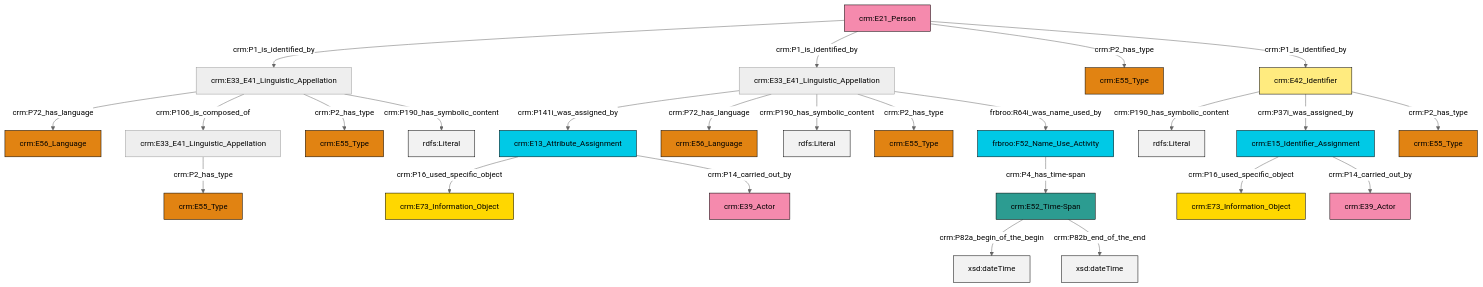
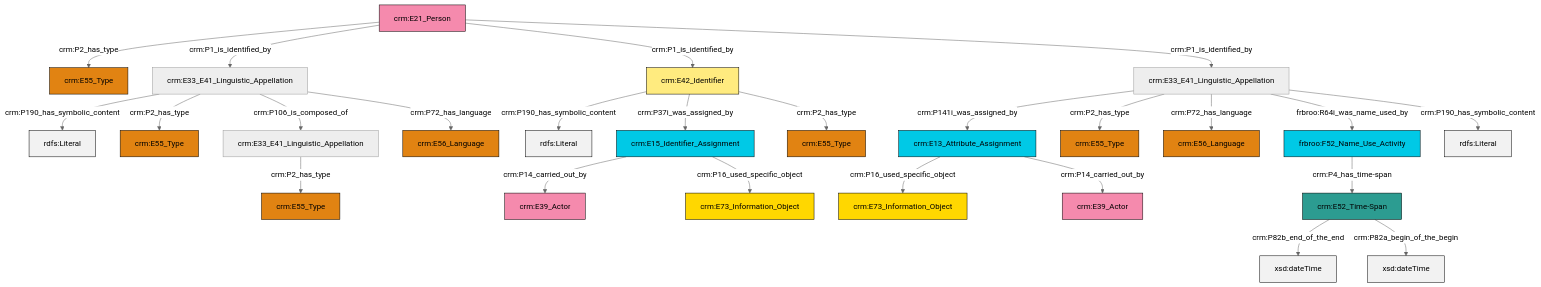
Before and after one commit to swiss-art-research-net/docs.swissartresearch: the diagram in et/personCSV/ttl/mmd/Person_Names_and_Classification.ttl.mmd, drawn with Mermaid (neutral theme). The commit also changed 173 other files, not shown here.

```diff
--- a/et/personCSV/ttl/mmd/Person_Names_and_Classification.ttl.mmd
+++ b/et/personCSV/ttl/mmd/Person_Names_and_Classification.ttl.mmd
@@ -1,39 +1,39 @@
 graph TD
 classDef Literal fill:#f2f2f2,stroke:#000000;
 classDef CRM_Entity fill:#FFFFFF,stroke:#000000;
 classDef Temporal_Entity fill:#00C9E6, stroke:#000000;
 classDef Type fill:#E18312, stroke:#000000;
 classDef Time-Span fill:#2C9C91, stroke:#000000;
 classDef Appellation fill:#FFEB7F, stroke:#000000;
 classDef Place fill:#008836, stroke:#000000;
 classDef Persistent_Item fill:#B266B2, stroke:#000000;
 classDef Conceptual_Object fill:#FFD700, stroke:#000000;
 classDef Physical_Thing fill:#D2B48C, stroke:#000000;
 classDef Actor fill:#f58aad, stroke:#000000;
 classDef PC_Classes fill:#4ce600, stroke:#000000;
 classDef Multi fill:#cccccc,stroke:#000000;
 
-0["crm:E13_Attribute_Assignment"]:::Temporal_Entity -->|crm:P16_used_specific_object| 1["crm:E73_Information_Object"]:::Conceptual_Object
-2["crm:E33_E41_Linguistic_Appellation"]:::Default -->|crm:P141i_was_assigned_by| 0["crm:E13_Attribute_Assignment"]:::Temporal_Entity
-5["crm:E52_Time-Span"]:::Time-Span -->|crm:P82a_begin_of_the_begin| 6[xsd:dateTime]:::Literal
-7["crm:E21_Person"]:::Actor -->|crm:P1_is_identified_by| 8["crm:E33_E41_Linguistic_Appellation"]:::Default
-5["crm:E52_Time-Span"]:::Time-Span -->|crm:P82b_end_of_the_end| 9[xsd:dateTime]:::Literal
-11["frbroo:F52_Name_Use_Activity"]:::Temporal_Entity -->|crm:P4_has_time-span| 5["crm:E52_Time-Span"]:::Time-Span
-7["crm:E21_Person"]:::Actor -->|crm:P1_is_identified_by| 2["crm:E33_E41_Linguistic_Appellation"]:::Default
-8["crm:E33_E41_Linguistic_Appellation"]:::Default -->|crm:P72_has_language| 12["crm:E56_Language"]:::Type
-2["crm:E33_E41_Linguistic_Appellation"]:::Default -->|crm:P72_has_language| 14["crm:E56_Language"]:::Type
-0["crm:E13_Attribute_Assignment"]:::Temporal_Entity -->|crm:P14_carried_out_by| 15["crm:E39_Actor"]:::Actor
-16["crm:E15_Identifier_Assignment"]:::Temporal_Entity -->|crm:P16_used_specific_object| 17["crm:E73_Information_Object"]:::Conceptual_Object
-18["crm:E42_Identifier"]:::Appellation -->|crm:P190_has_symbolic_content| 19[rdfs:Literal]:::Literal
-18["crm:E42_Identifier"]:::Appellation -->|crm:P37i_was_assigned_by| 16["crm:E15_Identifier_Assignment"]:::Temporal_Entity
-8["crm:E33_E41_Linguistic_Appellation"]:::Default -->|crm:P106_is_composed_of| 3["crm:E33_E41_Linguistic_Appellation"]:::Default
-7["crm:E21_Person"]:::Actor -->|crm:P2_has_type| 26["crm:E55_Type"]:::Type
-7["crm:E21_Person"]:::Actor -->|crm:P1_is_identified_by| 18["crm:E42_Identifier"]:::Appellation
-2["crm:E33_E41_Linguistic_Appellation"]:::Default -->|crm:P190_has_symbolic_content| 31[rdfs:Literal]:::Literal
-2["crm:E33_E41_Linguistic_Appellation"]:::Default -->|crm:P2_has_type| 32["crm:E55_Type"]:::Type
-2["crm:E33_E41_Linguistic_Appellation"]:::Default -->|frbroo:R64i_was_name_used_by| 11["frbroo:F52_Name_Use_Activity"]:::Temporal_Entity
-3["crm:E33_E41_Linguistic_Appellation"]:::Default -->|crm:P2_has_type| 21["crm:E55_Type"]:::Type
-8["crm:E33_E41_Linguistic_Appellation"]:::Default -->|crm:P2_has_type| 37["crm:E55_Type"]:::Type
-8["crm:E33_E41_Linguistic_Appellation"]:::Default -->|crm:P190_has_symbolic_content| 41[rdfs:Literal]:::Literal
-18["crm:E42_Identifier"]:::Appellation -->|crm:P2_has_type| 28["crm:E55_Type"]:::Type
-16["crm:E15_Identifier_Assignment"]:::Temporal_Entity -->|crm:P14_carried_out_by| 35["crm:E39_Actor"]:::Actor
+10["crm:E13_Attribute_Assignment"]:::Temporal_Entity -->|crm:P16_used_specific_object| 6["crm:E73_Information_Object"]:::Conceptual_Object
+11["crm:E42_Identifier"]:::Appellation -->|crm:P190_has_symbolic_content| 12[rdfs:Literal]:::Literal
+13["crm:E15_Identifier_Assignment"]:::Temporal_Entity -->|crm:P14_carried_out_by| 14["crm:E39_Actor"]:::Actor
+15["crm:E33_E41_Linguistic_Appellation"]:::Default -->|crm:P190_has_symbolic_content| 16[rdfs:Literal]:::Literal
+19["crm:E21_Person"]:::Actor -->|crm:P2_has_type| 20["crm:E55_Type"]:::Type
+15["crm:E33_E41_Linguistic_Appellation"]:::Default -->|crm:P2_has_type| 25["crm:E55_Type"]:::Type
+23["crm:E33_E41_Linguistic_Appellation"]:::Default -->|crm:P141i_was_assigned_by| 10["crm:E13_Attribute_Assignment"]:::Temporal_Entity
+2["crm:E33_E41_Linguistic_Appellation"]:::Default -->|crm:P2_has_type| 17["crm:E55_Type"]:::Type
+19["crm:E21_Person"]:::Actor -->|crm:P1_is_identified_by| 15["crm:E33_E41_Linguistic_Appellation"]:::Default
+23["crm:E33_E41_Linguistic_Appellation"]:::Default -->|crm:P2_has_type| 27["crm:E55_Type"]:::Type
+11["crm:E42_Identifier"]:::Appellation -->|crm:P37i_was_assigned_by| 13["crm:E15_Identifier_Assignment"]:::Temporal_Entity
+10["crm:E13_Attribute_Assignment"]:::Temporal_Entity -->|crm:P14_carried_out_by| 21["crm:E39_Actor"]:::Actor
+15["crm:E33_E41_Linguistic_Appellation"]:::Default -->|crm:P106_is_composed_of| 2["crm:E33_E41_Linguistic_Appellation"]:::Default
+15["crm:E33_E41_Linguistic_Appellation"]:::Default -->|crm:P72_has_language| 0["crm:E56_Language"]:::Type
+4["crm:E52_Time-Span"]:::Time-Span -->|crm:P82b_end_of_the_end| 33[xsd:dateTime]:::Literal
+19["crm:E21_Person"]:::Actor -->|crm:P1_is_identified_by| 11["crm:E42_Identifier"]:::Appellation
+23["crm:E33_E41_Linguistic_Appellation"]:::Default -->|crm:P72_has_language| 8["crm:E56_Language"]:::Type
+34["frbroo:F52_Name_Use_Activity"]:::Temporal_Entity -->|crm:P4_has_time-span| 4["crm:E52_Time-Span"]:::Time-Span
+11["crm:E42_Identifier"]:::Appellation -->|crm:P2_has_type| 41["crm:E55_Type"]:::Type
+19["crm:E21_Person"]:::Actor -->|crm:P1_is_identified_by| 23["crm:E33_E41_Linguistic_Appellation"]:::Default
+23["crm:E33_E41_Linguistic_Appellation"]:::Default -->|frbroo:R64i_was_name_used_by| 34["frbroo:F52_Name_Use_Activity"]:::Temporal_Entity
+13["crm:E15_Identifier_Assignment"]:::Temporal_Entity -->|crm:P16_used_specific_object| 39["crm:E73_Information_Object"]:::Conceptual_Object
+4["crm:E52_Time-Span"]:::Time-Span -->|crm:P82a_begin_of_the_begin| 43[xsd:dateTime]:::Literal
+23["crm:E33_E41_Linguistic_Appellation"]:::Default -->|crm:P190_has_symbolic_content| 45[rdfs:Literal]:::Literal
```
